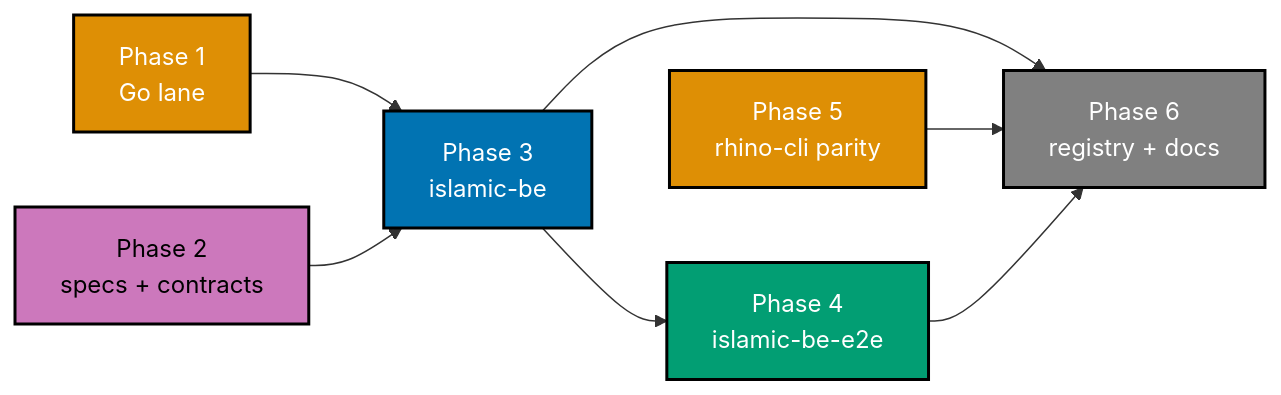
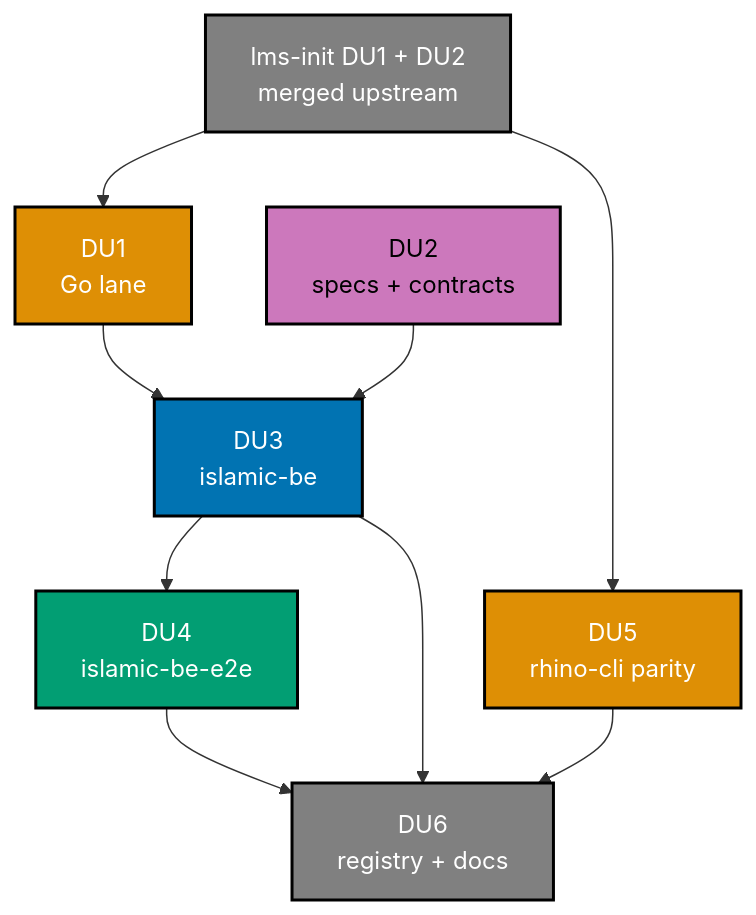
The fifth of 5 diagrams in plans/in-progress/islamic-be-init/tech-docs.md (wahidyankf/open-sharia-fintech), drawn with Mermaid before and after one commit. The commit also changed other lines of this file and 5 other files, not shown here.

First line of the commit message:
docs(plans): align islamic-be-init with the lms-init language-lane plan

````diff
--- a/plans/in-progress/islamic-be-init/tech-docs.md
+++ b/plans/in-progress/islamic-be-init/tech-docs.md
@@ -121,22 +136,25 @@
 ```mermaid
-graph LR
-    P1["Phase 1<br/>Go lane"]:::orange
-    P2["Phase 2<br/>specs + contracts"]:::purple
-    P3["Phase 3<br/>islamic-be"]:::blue
-    P4["Phase 4<br/>islamic-be-e2e"]:::teal
-    P5["Phase 5<br/>rhino-cli parity"]:::orange
-    P6["Phase 6<br/>registry + docs"]:::gray
+graph TD
+    LMS["lms-init DU1 + DU2<br/>merged upstream"]:::gray
+    P1["DU1<br/>Go lane"]:::orange
+    P2["DU2<br/>specs + contracts"]:::purple
+    P3["DU3<br/>islamic-be"]:::blue
+    P4["DU4<br/>islamic-be-e2e"]:::teal
+    P5["DU5<br/>rhino-cli parity"]:::orange
+    P6["DU6<br/>registry + docs"]:::gray
 
+    LMS --> P1
+    LMS --> P5
     P1 --> P3
     P2 --> P3
     P3 --> P4
     P3 --> P6
     P5 --> P6
     P4 --> P6
 
     classDef blue fill:#0173B2,stroke:#000000,color:#FFFFFF,stroke-width:2px
     classDef orange fill:#DE8F05,stroke:#000000,color:#FFFFFF,stroke-width:2px
     classDef teal fill:#029E73,stroke:#000000,color:#FFFFFF,stroke-width:2px
     classDef purple fill:#CC78BC,stroke:#000000,color:#000000,stroke-width:2px
     classDef gray fill:#808080,stroke:#000000,color:#FFFFFF,stroke-width:2px
 ```
````
